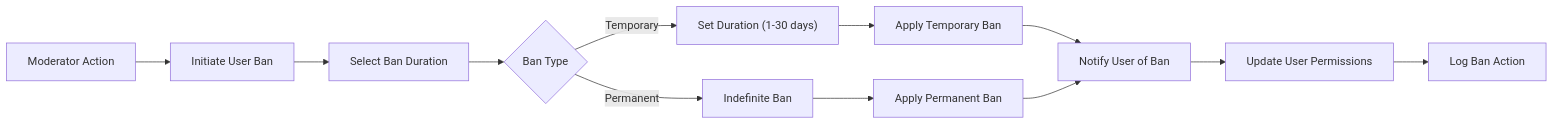
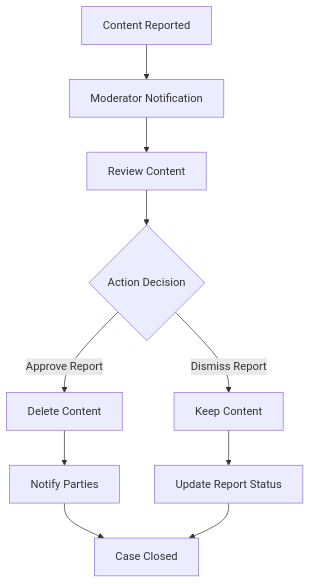
The third of 3 diagrams in deepseek/deepseek-v3.1-terminus-exacto/reddit/docs/analysis/09-moderation-system.md (wrtnlabs/autobe-examples), drawn with Mermaid before and after one commit. The commit also changed other lines of this file and 11104 other files, not shown here.

````diff
--- a/deepseek/deepseek-v3.1-terminus-exacto/reddit/docs/analysis/09-moderation-system.md
+++ b/deepseek/deepseek-v3.1-terminus-exacto/reddit/docs/analysis/09-moderation-system.md
@@ -92,14 +319,12 @@
 ```mermaid
-graph LR
-  A["Moderator Action"] --> B["Initiate User Ban"]
-  B --> C["Select Ban Duration"]
-  C --> D{"Ban Type"}
-  D -->|"Temporary"| E["Set Duration (1-30 days)"]
-  D -->|"Permanent"| F["Indefinite Ban"]
-  E --> G["Apply Temporary Ban"]
-  F --> H["Apply Permanent Ban"]
-  G --> I["Notify User of Ban"]
-  H --> I
-  I --> J["Update User Permissions"]
-  J --> K["Log Ban Action"]
+graph TD
+    A["Content Reported"] --> B["Moderator Notification"]
+    B --> C["Review Content"]
+    C --> D{"Action Decision"}
+    D -->|Approve Report| E["Delete Content"]
+    D -->|Dismiss Report| F["Keep Content"]
+    E --> G["Notify Parties"]
+    F --> H["Update Report Status"]
+    G --> I["Case Closed"]
+    H --> I
 ```
````
